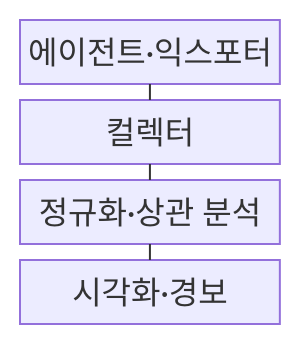
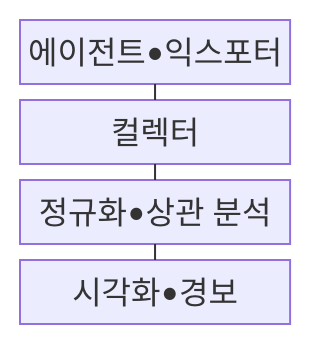
The first of 2 diagrams in src/content/docs/notes/04-network/074_network_monitoring_snmp_netflow.md (agnusdei1207/knowledge-base), drawn with Mermaid before and after one commit. The commit also changed other lines of this file and 953 other files, not shown here.

````diff
--- a/src/content/docs/notes/04-network/074_network_monitoring_snmp_netflow.md
+++ b/src/content/docs/notes/04-network/074_network_monitoring_snmp_netflow.md
@@ -63,11 +63,11 @@
 ```mermaid
 block-beta
     columns 1
-    A["에이전트·익스포터"]
+    A["에이전트•익스포터"]
     B["컬렉터"]
-    C["정규화·상관 분석"]
-    D["시각화·경보"]
+    C["정규화•상관 분석"]
+    D["시각화•경보"]
     A --- B
     B --- C
     C --- D
 ```
````
